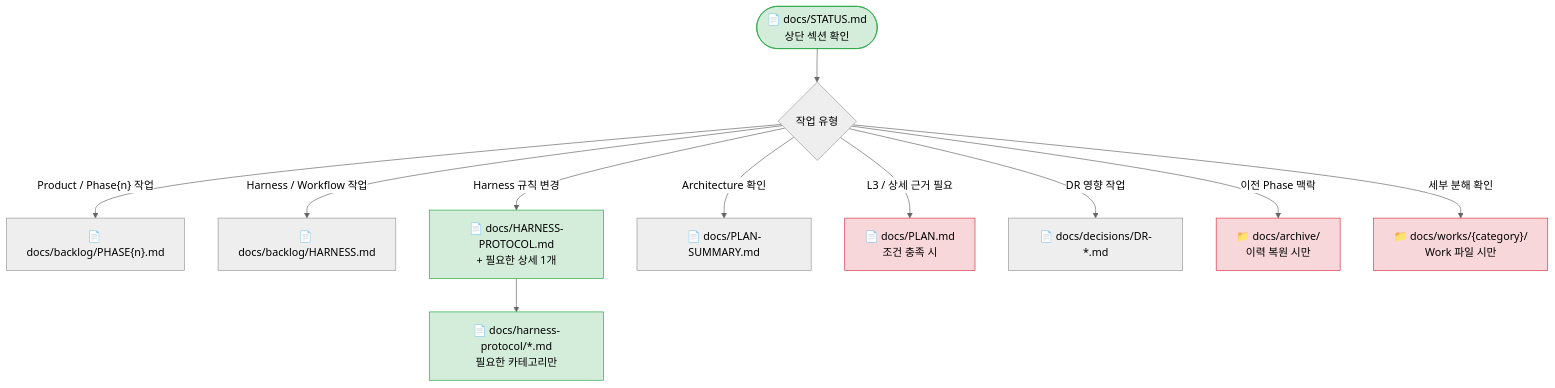
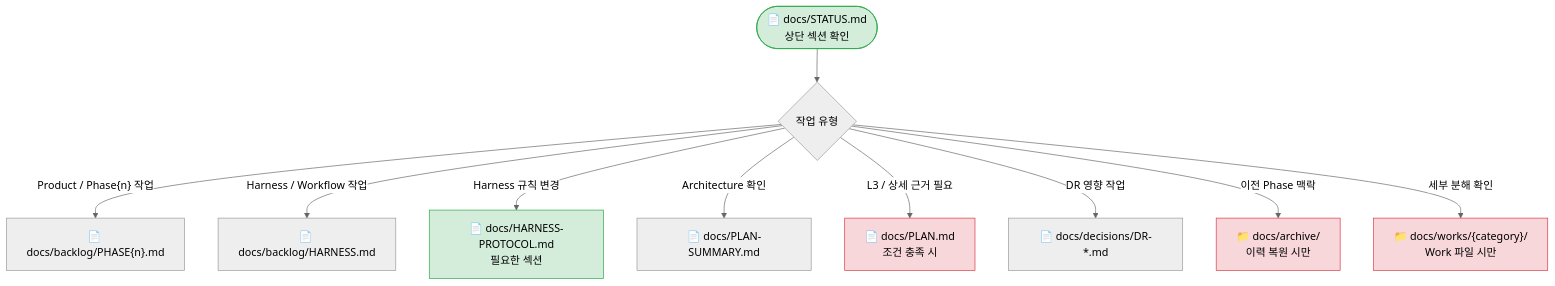
One commit to kyungseo/ai-workflow-harness changed diagram 11 of 14 in docs/WORKFLOW-MANUAL.md. Above: the diagram before and after it, drawn with Mermaid (neutral theme). The commit also changed other lines of this file and 32 other files, not shown here.

````diff
--- a/docs/WORKFLOW-MANUAL.md
+++ b/docs/WORKFLOW-MANUAL.md
@@ -771,22 +765,19 @@
 ```mermaid
 flowchart TD
     STATUS(["📄 docs/STATUS.md\n상단 섹션 확인"]) --> ROUTE{"작업 유형"}
 
     ROUTE -- "Product / Phase{n} 작업" --> PBACKLOG["📄 docs/backlog/PHASE{n}.md"]
     ROUTE -- "Harness / Workflow 작업" --> HBACKLOG["📄 docs/backlog/HARNESS.md"]
-    ROUTE -- "Harness 규칙 변경" --> HPROTO["📄 docs/HARNESS-PROTOCOL.md\n+ 필요한 상세 1개"]
+    ROUTE -- "Harness 규칙 변경" --> HPROTO["📄 docs/HARNESS-PROTOCOL.md\n필요한 섹션"]
     ROUTE -- "Architecture 확인" --> PLAN_S["📄 docs/PLAN-SUMMARY.md"]
     ROUTE -- "L3 / 상세 근거 필요" --> PLAN["📄 docs/PLAN.md\n조건 충족 시"]
     ROUTE -- "DR 영향 작업" --> DECISIONS["📄 docs/decisions/DR-*.md"]
     ROUTE -- "이전 Phase 맥락" --> ARCHIVE["📁 docs/archive/\n이력 복원 시만"]
     ROUTE -- "세부 분해 확인" --> WORK["📁 docs/works/{category}/\nWork 파일 시만"]
 
-    HPROTO --> HDETAIL["📄 docs/harness-protocol/*.md\n필요한 카테고리만"]
-
     style STATUS fill:#d4edda,stroke:#28a745
     style HPROTO fill:#d4edda,stroke:#28a745
-    style HDETAIL fill:#d4edda,stroke:#28a745
     style PLAN fill:#f8d7da,stroke:#dc3545
     style ARCHIVE fill:#f8d7da,stroke:#dc3545
     style WORK fill:#f8d7da,stroke:#dc3545
 ```
````
